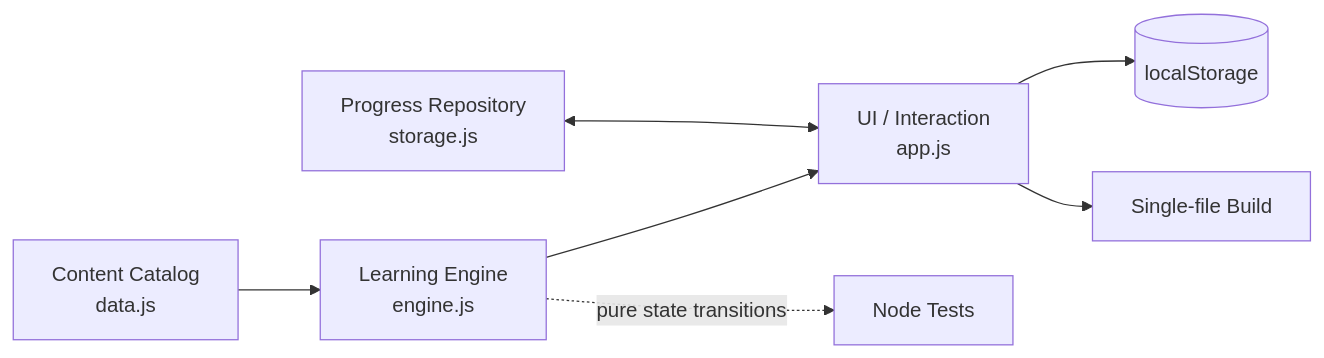
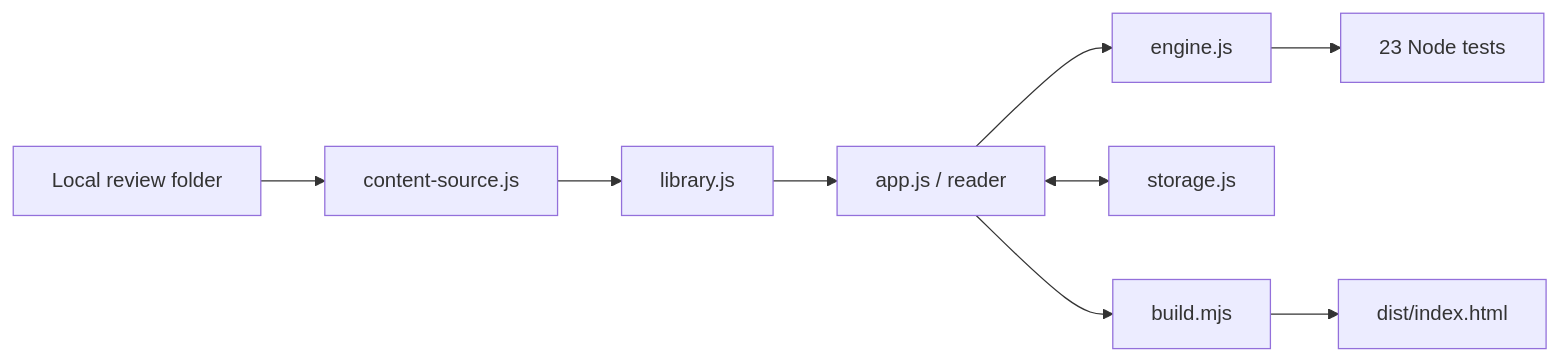
Before and after one commit to TommyDucx/zhiyu-study-camp: the diagram in README.md, drawn with Mermaid. The commit also changed other lines of this file and 42 other files, not shown here.

First line of the commit message:
feat: turn library into a full review reader with local content

````diff
--- a/README.md
+++ b/README.md
@@ -74,9 +99,11 @@
 ```mermaid
 flowchart LR
-  DATA[Content Catalog<br/>data.js] --> ENGINE[Learning Engine<br/>engine.js]
-  ENGINE --> APP[UI / Interaction<br/>app.js]
-  STORE[Progress Repository<br/>storage.js] <--> APP
-  APP --> BROWSER[(localStorage)]
-  ENGINE -. pure state transitions .-> TEST[Node Tests]
-  APP --> BUILD[Single-file Build]
+  FILES[Local review folder] --> SOURCE[content-source.js]
+  SOURCE --> INDEX[library.js]
+  INDEX --> APP[app.js / reader]
+  APP --> ENGINE[engine.js]
+  APP <--> STORE[storage.js]
+  APP --> BUILD[build.mjs]
+  BUILD --> DIST[dist/index.html]
+  ENGINE --> TEST[23 Node tests]
 ```
````
